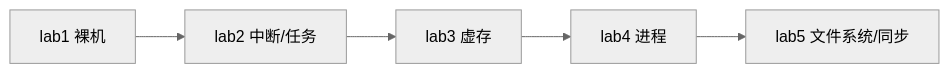
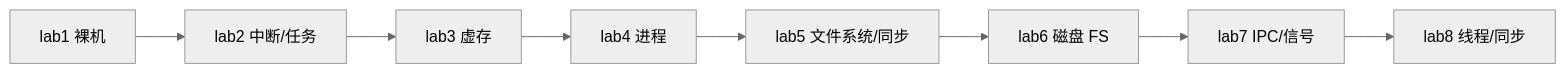
The second of 4 diagrams in os-lab/docs/architecture.md (AM-SuSh/EVOLVE), drawn with Mermaid (neutral theme) before and after one commit. The commit also changed other lines of this file and 23 other files, not shown here.

````diff
--- a/os-lab/docs/architecture.md
+++ b/os-lab/docs/architecture.md
@@ -38,7 +42,10 @@
 ```mermaid
 flowchart LR
     lab1[lab1 裸机] --> lab2[lab2 中断/任务]
     lab2 --> lab3[lab3 虚存]
     lab3 --> lab4[lab4 进程]
     lab4 --> lab5[lab5 文件系统/同步]
+    lab5 --> lab6[lab6 磁盘 FS]
+    lab6 --> lab7[lab7 IPC/信号]
+    lab7 --> lab8[lab8 线程/同步]
 ```
````
